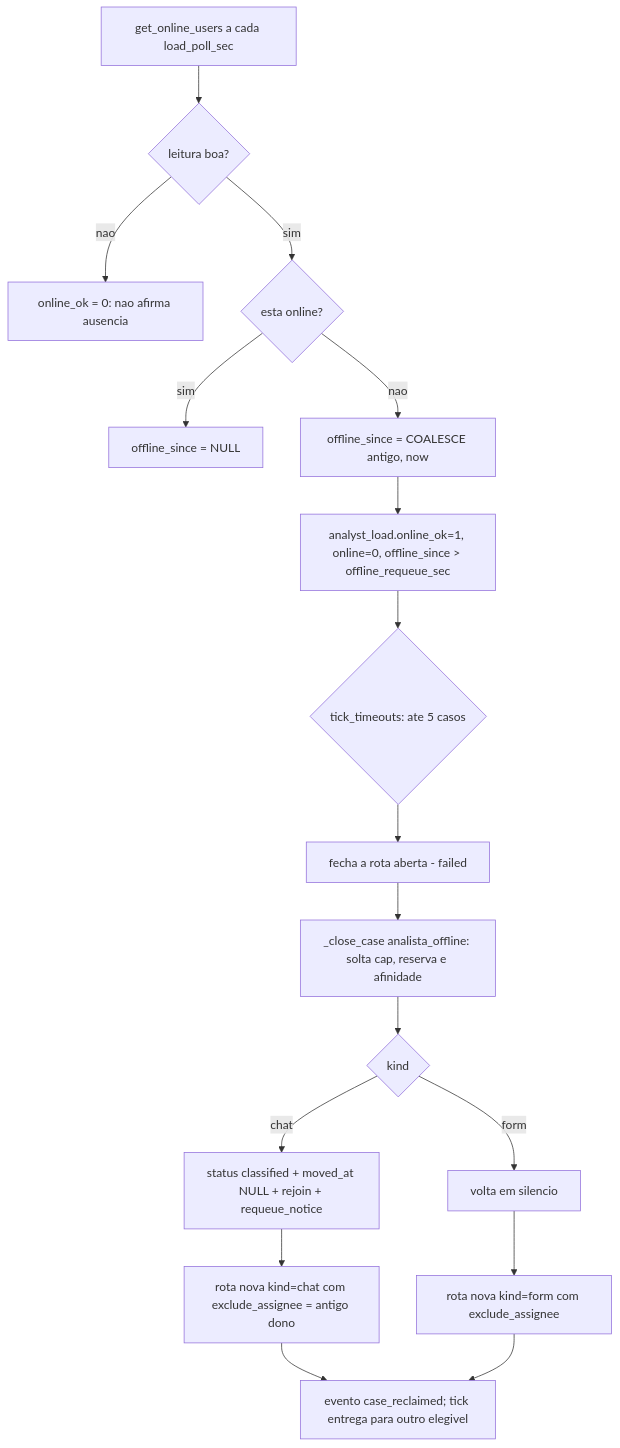
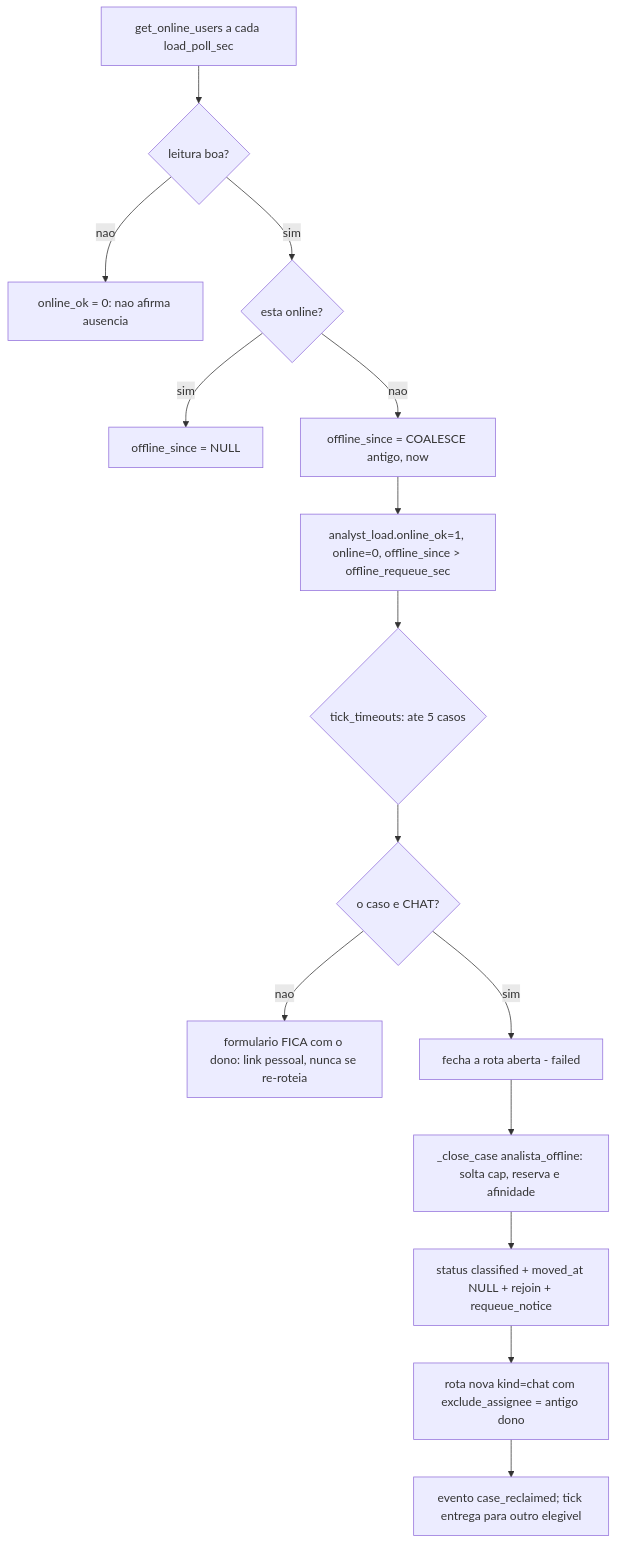
Before and after one commit to lgsalmeida15/botsqlite: the tenth of 14 diagrams in docs/desenho-bot.md, drawn with Mermaid. The commit also changed other lines of this file and 23 other files, not shown here.

````diff
--- a/docs/desenho-bot.md
+++ b/docs/desenho-bot.md
@@ -404,19 +419,17 @@
 ```mermaid
 flowchart TD
   P[get_online_users a cada load_poll_sec] --> C{leitura boa?}
   C -->|nao| C1[online_ok = 0: nao afirma ausencia]
   C -->|sim| S{esta online?}
   S -->|sim| S1[offline_since = NULL]
   S -->|nao| S2[offline_since = COALESCE antigo, now]
   S2 --> R[analyst_load.online_ok=1, online=0, offline_since > offline_requeue_sec]
   R --> T{tick_timeouts: ate 5 casos}
-  T --> F[fecha a rota aberta - failed]
+  T --> K{o caso e CHAT?}
+  K -->|nao| KF[formulario FICA com o dono: link pessoal, nunca se re-roteia]
+  K -->|sim| F[fecha a rota aberta - failed]
   F --> L[_close_case analista_offline: solta cap, reserva e afinidade]
-  L --> CH{kind}
-  CH -->|chat| M[status classified + moved_at NULL + rejoin + requeue_notice]
-  CH -->|form| FS[volta em silencio]
+  L --> M[status classified + moved_at NULL + rejoin + requeue_notice]
   M --> N[rota nova kind=chat com exclude_assignee = antigo dono]
-  FS --> N2[rota nova kind=form com exclude_assignee]
   N --> E[evento case_reclaimed; tick entrega para outro elegivel]
-  N2 --> E
 ```
````
